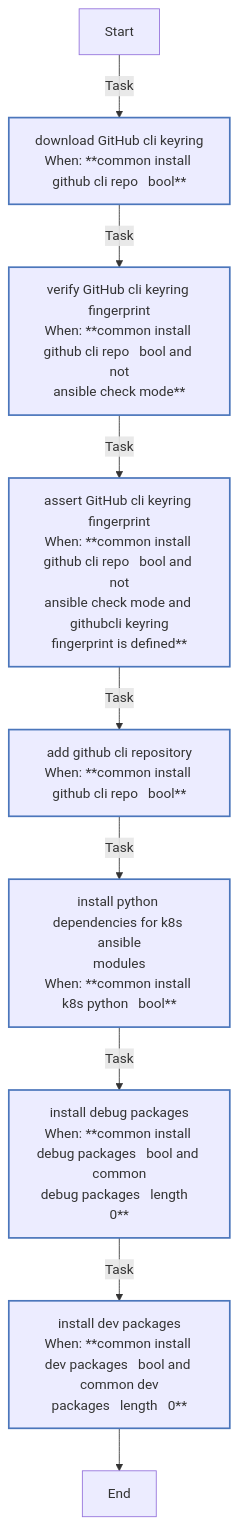
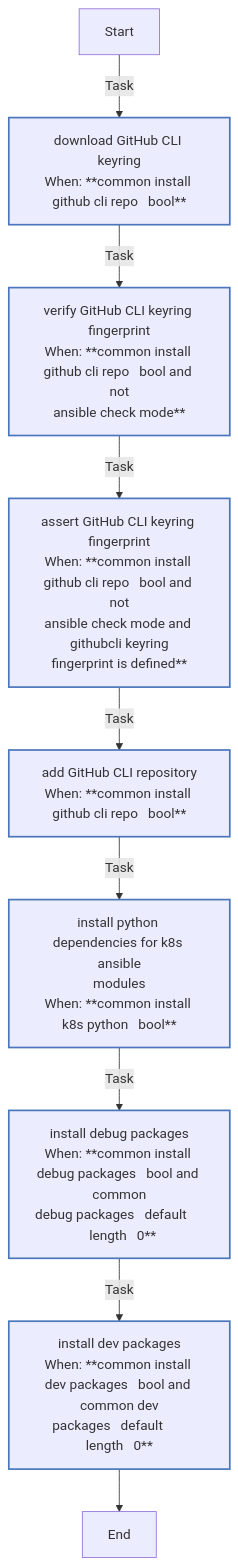
The second of 9 diagrams in roles/common/README.md (rou-cru/k3s-homelab), drawn with Mermaid before and after one commit. The commit also changed other lines of this file and 41 other files, not shown here.

````diff
--- a/roles/common/README.md
+++ b/roles/common/README.md
@@ -547,21 +550,21 @@
 ```mermaid
 flowchart TD
 Start
 classDef block stroke:#3498db,stroke-width:2px;
 classDef task stroke:#4b76bb,stroke-width:2px;
 classDef includeTasks stroke:#16a085,stroke-width:2px;
 classDef importTasks stroke:#34495e,stroke-width:2px;
 classDef includeRole stroke:#2980b9,stroke-width:2px;
 classDef importRole stroke:#699ba7,stroke-width:2px;
 classDef includeVars stroke:#8e44ad,stroke-width:2px;
 classDef rescue stroke:#665352,stroke-width:2px;
 
-  Start-->|Task| Download_GitHub_CLI_keyring0[download GitHub cli keyring<br>When: **common install github cli repo   bool**]:::task
-  Download_GitHub_CLI_keyring0-->|Task| Verify_GitHub_CLI_keyring_fingerprint1[verify GitHub cli keyring fingerprint<br>When: **common install github cli repo   bool and not<br>ansible check mode**]:::task
-  Verify_GitHub_CLI_keyring_fingerprint1-->|Task| Assert_GitHub_CLI_keyring_fingerprint2[assert GitHub cli keyring fingerprint<br>When: **common install github cli repo   bool and not<br>ansible check mode and githubcli keyring<br>fingerprint is defined**]:::task
-  Assert_GitHub_CLI_keyring_fingerprint2-->|Task| Add_GitHub_CLI_repository3[add github cli repository<br>When: **common install github cli repo   bool**]:::task
+  Start-->|Task| Download_GitHub_CLI_keyring0[download GitHub CLI keyring<br>When: **common install github cli repo   bool**]:::task
+  Download_GitHub_CLI_keyring0-->|Task| Verify_GitHub_CLI_keyring_fingerprint1[verify GitHub CLI keyring fingerprint<br>When: **common install github cli repo   bool and not<br>ansible check mode**]:::task
+  Verify_GitHub_CLI_keyring_fingerprint1-->|Task| Assert_GitHub_CLI_keyring_fingerprint2[assert GitHub CLI keyring fingerprint<br>When: **common install github cli repo   bool and not<br>ansible check mode and githubcli keyring<br>fingerprint is defined**]:::task
+  Assert_GitHub_CLI_keyring_fingerprint2-->|Task| Add_GitHub_CLI_repository3[add GitHub CLI repository<br>When: **common install github cli repo   bool**]:::task
   Add_GitHub_CLI_repository3-->|Task| Install_Python_dependencies_for_K8s_Ansible_modules4[install python dependencies for k8s ansible<br>modules<br>When: **common install k8s python   bool**]:::task
-  Install_Python_dependencies_for_K8s_Ansible_modules4-->|Task| Install_debug_packages5[install debug packages<br>When: **common install debug packages   bool and common<br>debug packages   length   0**]:::task
-  Install_debug_packages5-->|Task| Install_dev_packages6[install dev packages<br>When: **common install dev packages   bool and common dev<br>packages   length   0**]:::task
+  Install_Python_dependencies_for_K8s_Ansible_modules4-->|Task| Install_debug_packages5[install debug packages<br>When: **common install debug packages   bool and common<br>debug packages   default       length   0**]:::task
+  Install_debug_packages5-->|Task| Install_dev_packages6[install dev packages<br>When: **common install dev packages   bool and common dev<br>packages   default       length   0**]:::task
   Install_dev_packages6-->End
 ```
````
